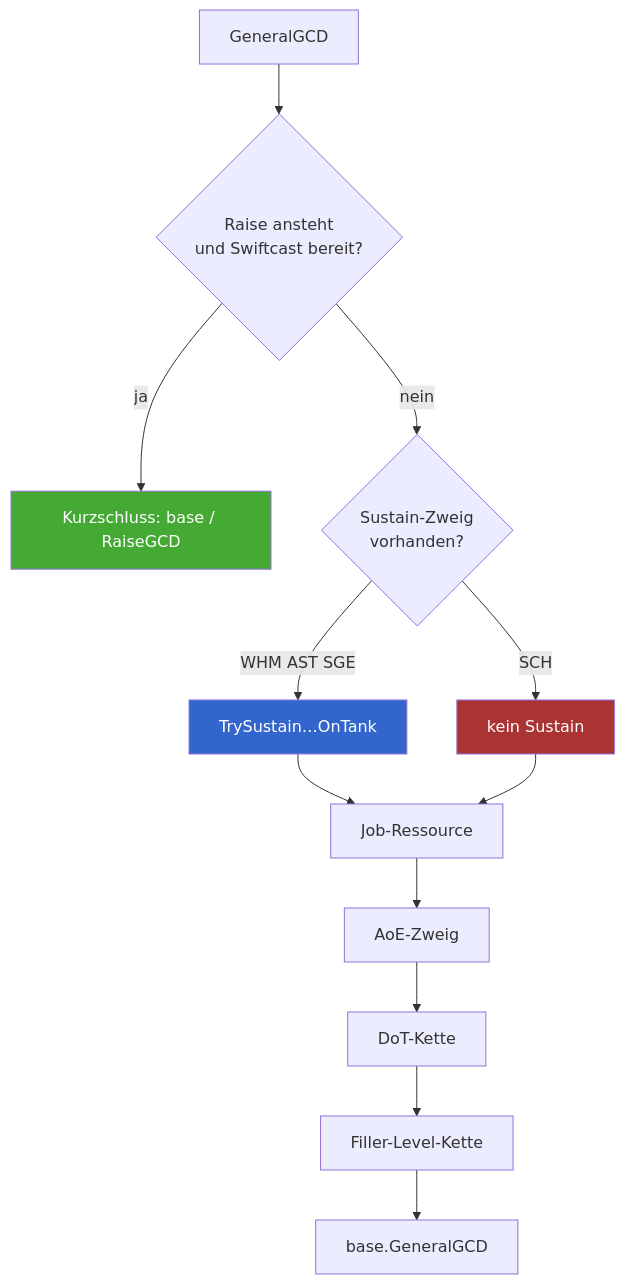
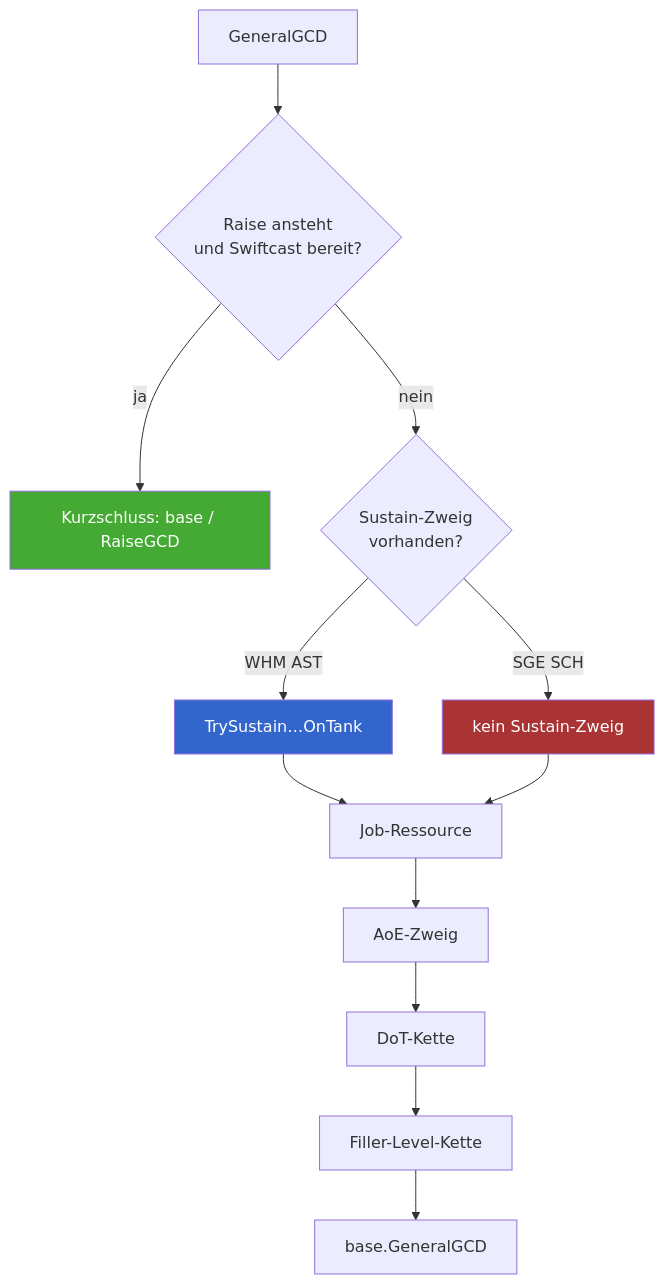
The first of 5 diagrams in docs/rotation-flow/02-groups.md (Wishbringer71/RSR-Testing), drawn with Mermaid before and after one commit. The commit also changed other lines of this file and 8 other files, not shown here.

````diff
--- a/docs/rotation-flow/02-groups.md
+++ b/docs/rotation-flow/02-groups.md
@@ -14,18 +14,18 @@
 ```mermaid
 flowchart TD
     A[GeneralGCD] --> B{Raise ansteht<br/>und Swiftcast bereit?}
     B -- ja --> C[Kurzschluss: base / RaiseGCD]
     B -- nein --> D{Sustain-Zweig<br/>vorhanden?}
-    D -- "WHM AST SGE" --> E[TrySustain…OnTank]
-    D -- "SCH" --> F[kein Sustain]
+    D -- "WHM AST" --> E[TrySustain…OnTank]
+    D -- "SGE SCH" --> F[kein Sustain-Zweig]
     E --> G[Job-Ressource]
     F --> G
     G --> H[AoE-Zweig]
     H --> I[DoT-Kette]
     I --> J[Filler-Level-Kette]
     J --> K[base.GeneralGCD]
 
     style C fill:#4a3,color:#fff
     style E fill:#36c,color:#fff
     style F fill:#a33,color:#fff
 ```
````
